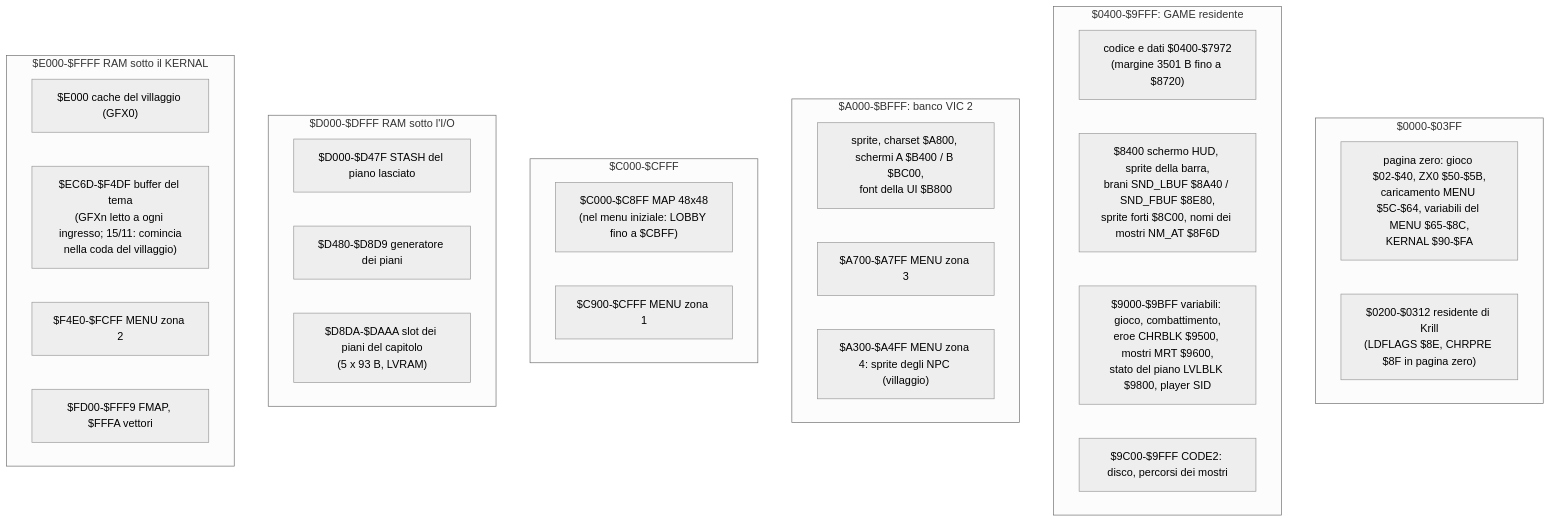
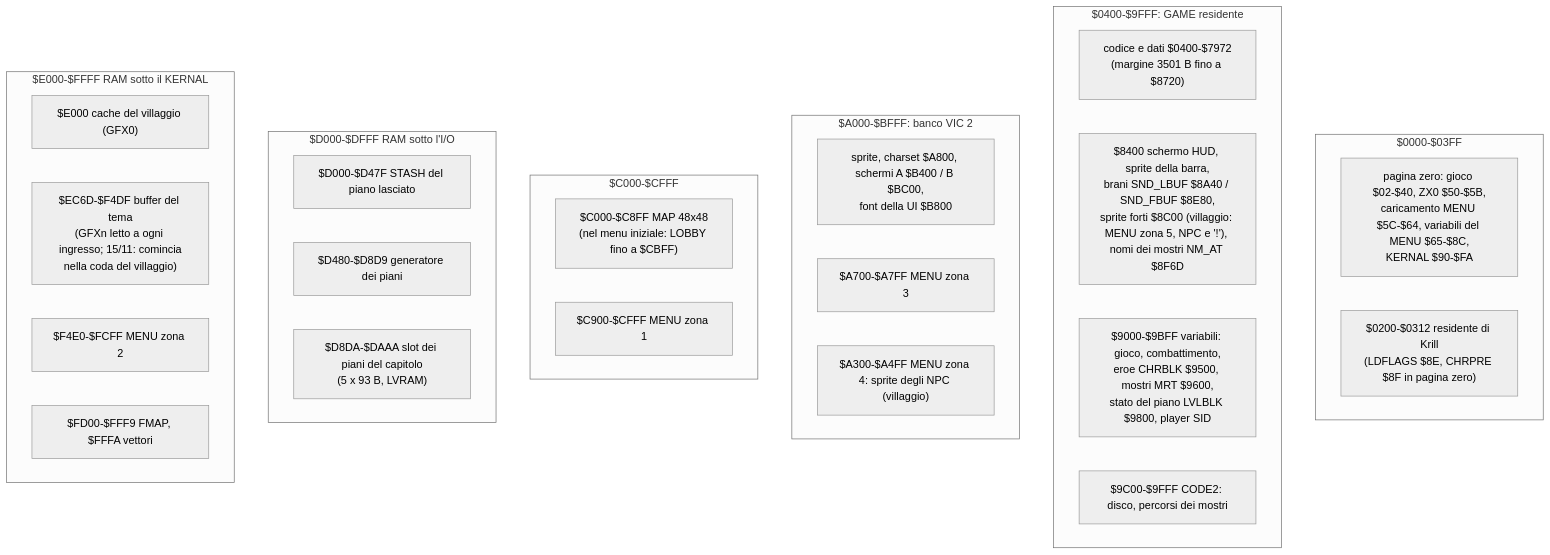
The third of 4 diagrams in docs/wiki/architettura.md (caporalesimone/barbarian-the-blood-path), drawn with Mermaid (neutral theme) before and after one commit. The commit also changed other lines of this file and 47 other files, not shown here.

````diff
--- a/docs/wiki/architettura.md
+++ b/docs/wiki/architettura.md
@@ -163,33 +163,33 @@
 ```mermaid
 flowchart TB
     subgraph R0["$0000-$03FF"]
         ZP["pagina zero: gioco $02-$40, ZX0 $50-$5B,<br/>caricamento MENU $5C-$64, variabili del MENU $65-$8C,<br/>KERNAL $90-$FA"]
         LDF["$0200-$0312 residente di Krill<br/>(LDFLAGS $8E, CHRPRE $8F in pagina zero)"]
     end
     subgraph R1["$0400-$9FFF: GAME residente"]
         CODE["codice e dati $0400-$7972<br/>(margine 3501 B fino a $8720)"]
-        HUDS["$8400 schermo HUD, sprite della barra,<br/>brani SND_LBUF $8A40 / SND_FBUF $8E80,<br/>sprite forti $8C00, nomi dei mostri NM_AT $8F6D"]
+        HUDS["$8400 schermo HUD, sprite della barra,<br/>brani SND_LBUF $8A40 / SND_FBUF $8E80,<br/>sprite forti $8C00 (villaggio: MENU zona 5, NPC e '!'), nomi dei mostri NM_AT $8F6D"]
         VARS["$9000-$9BFF variabili: gioco, combattimento,<br/>eroe CHRBLK $9500, mostri MRT $9600,<br/>stato del piano LVLBLK $9800, player SID"]
         C2["$9C00-$9FFF CODE2: disco, percorsi dei mostri"]
     end
     subgraph R2["$A000-$BFFF: banco VIC 2"]
         VIC["sprite, charset $A800, schermi A $B400 / B $BC00,<br/>font della UI $B800"]
         Z3["$A700-$A7FF MENU zona 3"]
         Z4["$A300-$A4FF MENU zona 4: sprite degli NPC (villaggio)"]
     end
     subgraph R3["$C000-$CFFF"]
         MAP["$C000-$C8FF MAP 48x48<br/>(nel menu iniziale: LOBBY fino a $CBFF)"]
         Z1["$C900-$CFFF MENU zona 1"]
     end
     subgraph R4["$D000-$DFFF RAM sotto l'I/O"]
         STA["$D000-$D47F STASH del piano lasciato"]
         GEN["$D480-$D8D9 generatore dei piani"]
         SLT["$D8DA-$DAAA slot dei piani del capitolo<br/>(5 x 93 B, LVRAM)"]
     end
     subgraph R5["$E000-$FFFF RAM sotto il KERNAL"]
         CT["$E000 cache del villaggio (GFX0)"]
         CD["$EC6D-$F4DF buffer del tema<br/>(GFXn letto a ogni ingresso; 15/11: comincia<br/>nella coda del villaggio)"]
         Z2["$F4E0-$FCFF MENU zona 2"]
         FM["$FD00-$FFF9 FMAP, $FFFA vettori"]
     end
 ```
````
